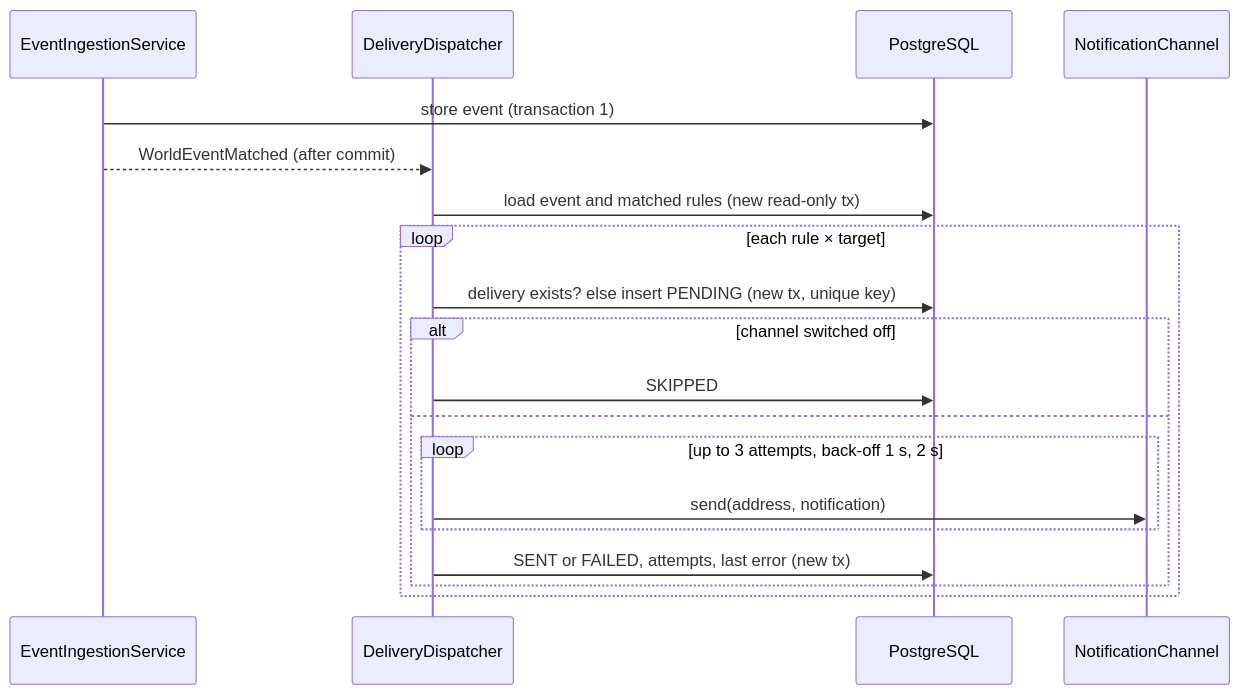
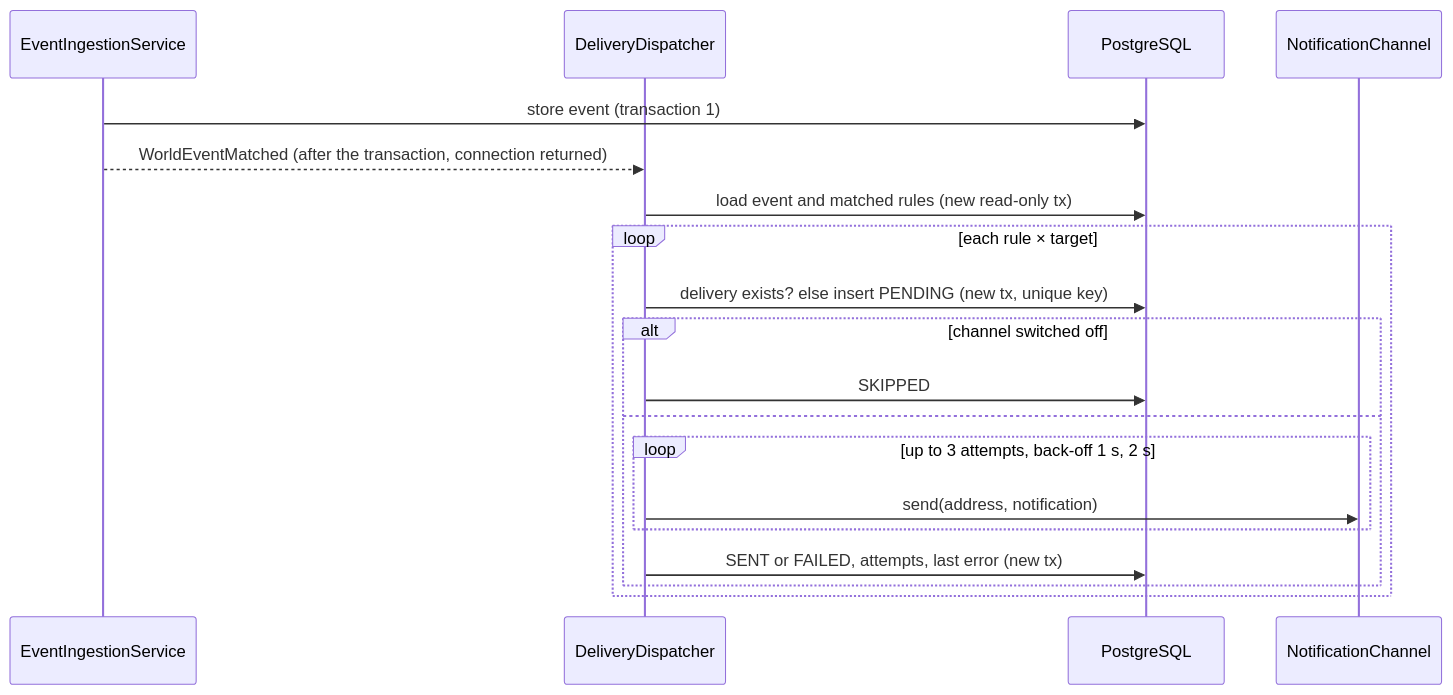
One commit to Kisligi/world-event-alerts changed the second of 3 diagrams in docs/architecture.md. Above: the diagram before and after it, drawn with Mermaid. The commit also changed other lines of this file and 18 other files, not shown here.

````diff
--- a/docs/architecture.md
+++ b/docs/architecture.md
@@ -58,21 +58,21 @@
 ```mermaid
 sequenceDiagram
     participant I as EventIngestionService
     participant D as DeliveryDispatcher
     participant DB as PostgreSQL
     participant C as NotificationChannel
     I->>DB: store event (transaction 1)
-    I-->>D: WorldEventMatched (after commit)
+    I-->>D: WorldEventMatched (after the transaction, connection returned)
     D->>DB: load event and matched rules (new read-only tx)
     loop each rule × target
         D->>DB: delivery exists? else insert PENDING (new tx, unique key)
         alt channel switched off
             D->>DB: SKIPPED
         else
             loop up to 3 attempts, back-off 1 s, 2 s
                 D->>C: send(address, notification)
             end
             D->>DB: SENT or FAILED, attempts, last error (new tx)
         end
     end
 ```
````
